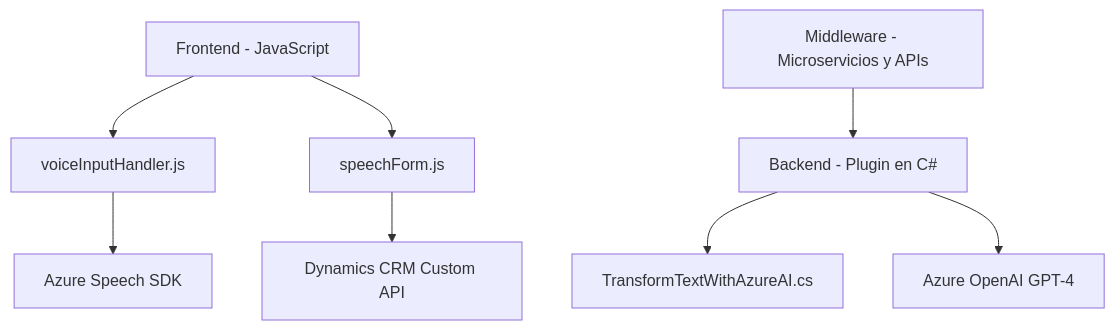
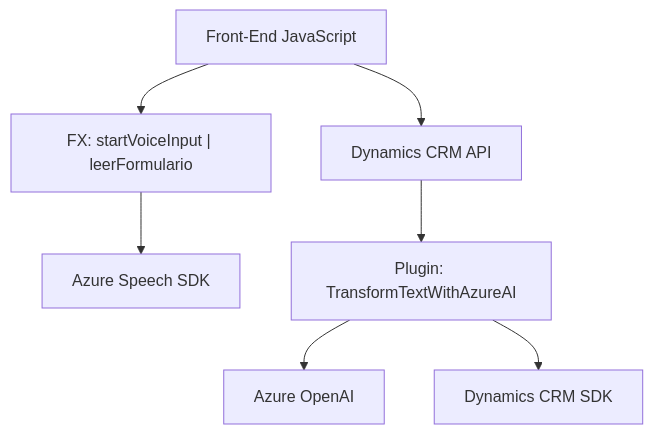
Before and after one commit to blopezdm/NETCORE_BILBAO2025: the diagram in README.md, drawn with Mermaid. The commit also changed other lines of this file, not shown here.

````diff
--- a/README.md
+++ b/README.md
@@ -61,20 +52,15 @@
 ```mermaid
 graph TD
-  A["Frontend - JavaScript"]
-  A1["voiceInputHandler.js"]
-  A2["speechForm.js"]
-  B["Middleware - Microservicios y APIs"]
-  B1["Azure Speech SDK"]
-  B2["Dynamics CRM Custom API"]
-  C["Backend - Plugin en C#"]
-  C1["TransformTextWithAzureAI.cs"]
-  C2["Azure OpenAI GPT-4"]
-
-  A --> A1
-  A --> A2
-  A1 --> B1
-  A2 --> B2
-  B --> C
-  C --> C1
-  C --> C2
+    A["Front-End JavaScript"]
+    A1["FX: startVoiceInput | leerFormulario"]
+    A2["Azure Speech SDK"]
+    A3["Dynamics CRM API"]
+    B["Plugin: TransformTextWithAzureAI"]
+    B1["Azure OpenAI"]
+    B2["Dynamics CRM SDK"]
+    A --> A1 --> A2
+    A --> A3
+    A3 --> B
+    B --> B1
+    B --> B2
 ```
````
